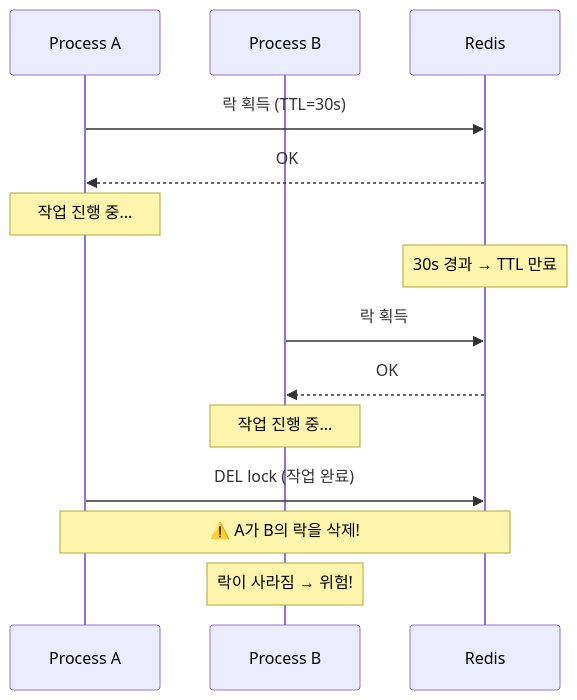
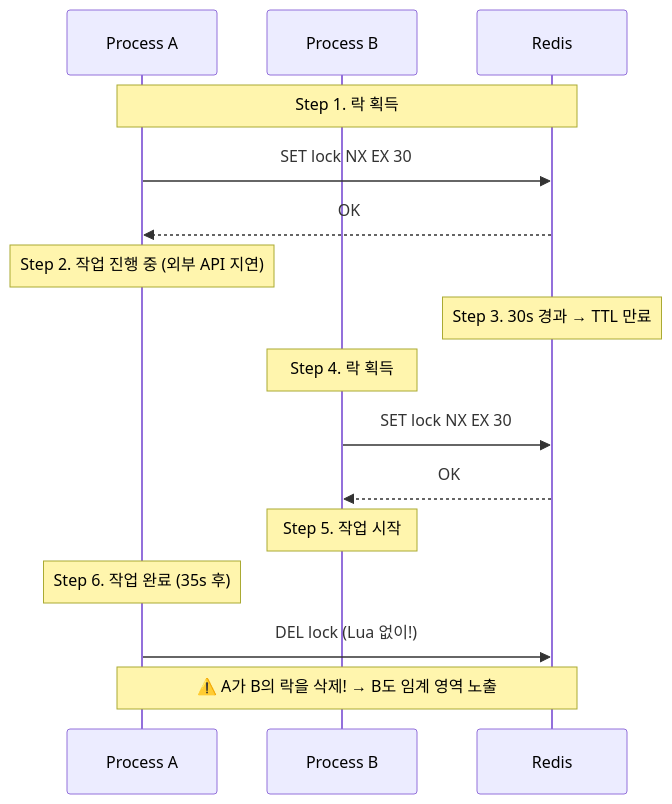
One commit to yjkim2015/yjkim2015.github.io changed the tenth of 15 diagrams in _posts/redis/2026-05-01-redis-distributed-lock.md. Above: the diagram before and after it, drawn with Mermaid. The commit also changed other lines of this file and 63 other files, not shown here.

```diff
--- a/_posts/redis/2026-05-01-redis-distributed-lock.md
+++ b/_posts/redis/2026-05-01-redis-distributed-lock.md
@@ -189,17 +725,22 @@
 <div class="mermaid">
 sequenceDiagram
     participant A as Process A
     participant B as Process B
     participant R as Redis
 
-    A->>R: 락 획득 (TTL=30s)
+    Note over A,R: Step 1. 락 획득
+    A->>R: SET lock NX EX 30
     R-->>A: OK
-    Note over A: 작업 진행 중...
-    Note over R: 30s 경과 → TTL 만료
-    B->>R: 락 획득
+
+    Note over A: Step 2. 작업 진행 중 (외부 API 지연)
+    Note over R: Step 3. 30s 경과 → TTL 만료
+
+    Note over B: Step 4. 락 획득
+    B->>R: SET lock NX EX 30
     R-->>B: OK
-    Note over B: 작업 진행 중...
-    A->>R: DEL lock (작업 완료)
-    Note over A,R: ⚠️ A가 B의 락을 삭제!
-    Note over B: 락이 사라짐 → 위험!
+    Note over B: Step 5. 작업 시작
+
+    Note over A: Step 6. 작업 완료 (35s 후)
+    A->>R: DEL lock (Lua 없이!)
+    Note over A,R: ⚠️ A가 B의 락을 삭제! → B도 임계 영역 노출
 </div>
```
